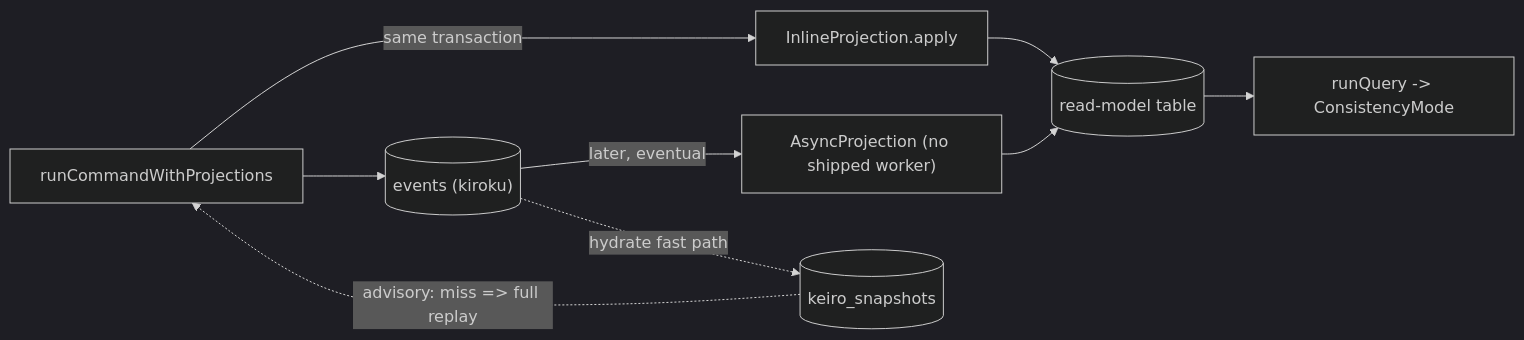
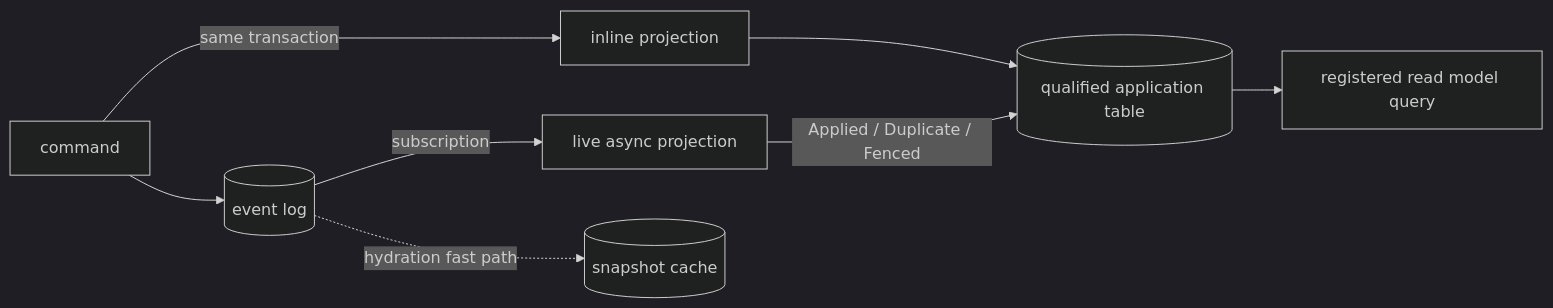
The diagram in content/docs/keiro/explanation/projections-read-models-and-snapshots.mdx (shinzui/keiro-runtime-docs), drawn with Mermaid (dark theme) before and after one commit. The commit also changed other lines of this file and 13 other files, not shown here.

First line of the commit message:
docs(keiro): document fenced read-model rebuilds

````diff
--- a/content/docs/keiro/explanation/projections-read-models-and-snapshots.mdx
+++ b/content/docs/keiro/explanation/projections-read-models-and-snapshots.mdx
@@ -23,11 +10,10 @@
 ```mermaid
 flowchart LR
-  Cmd["runCommandWithProjections"] --> Append[("events (kiroku)")]
-  Cmd -- "same transaction" --> Inline["InlineProjection.apply"]
-  Inline --> RM[("read-model table")]
-  Append -- "later, eventual" --> Async["AsyncProjection (no shipped worker)"]
-  Async --> RM
-  RM --> Q["runQuery -> ConsistencyMode"]
-  Append -. "hydrate fast path" .-> Snap[("keiro_snapshots")]
-  Snap -. "advisory: miss => full replay" .-> Cmd
+  Cmd["command"] --> Append[("event log")]
+  Cmd -- "same transaction" --> Inline["inline projection"]
+  Inline --> Table[("qualified application table")]
+  Append -- "subscription" --> Live["live async projection"]
+  Live -- "Applied / Duplicate / Fenced" --> Table
+  Table --> RM["registered read model query"]
+  Append -. "hydration fast path" .-> Snapshot[("snapshot cache")]
 ```
````
